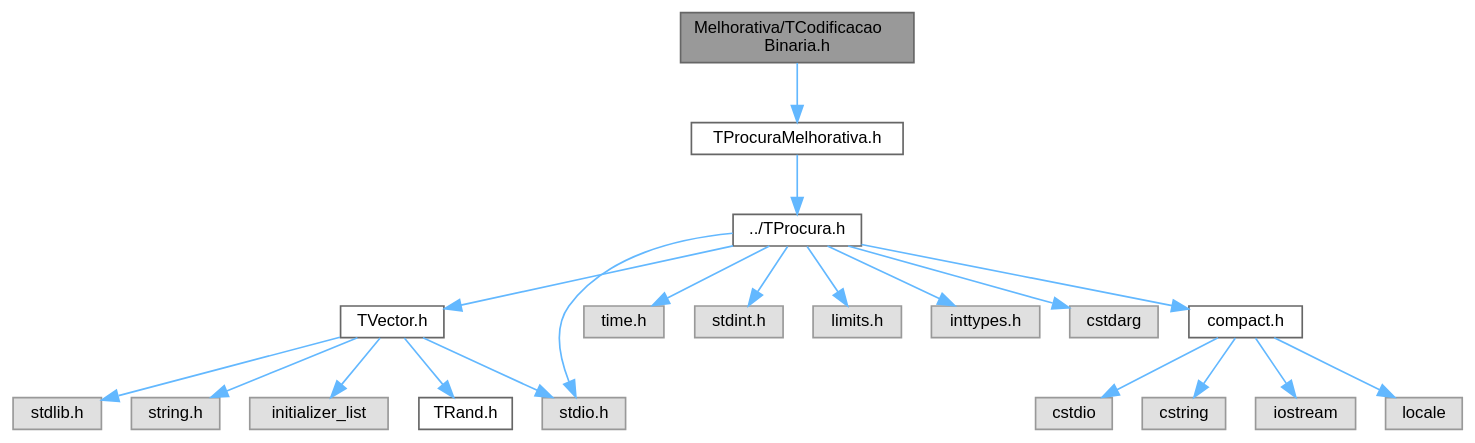
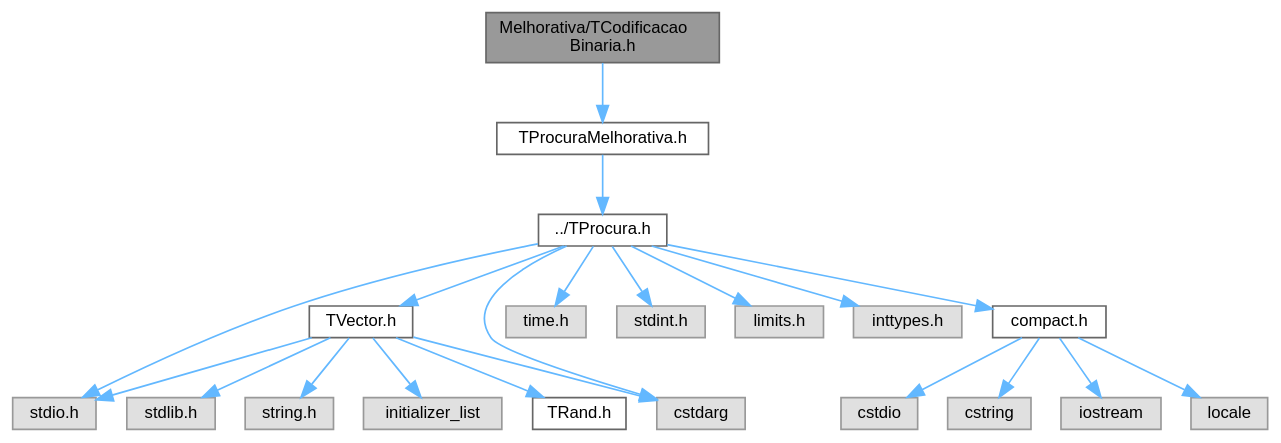
The diagram in TCodificacaoBinaria_8h__incl.dot (jcoelho72/TProcura), drawn with Graphviz before and after one commit. The commit also changed 147 other files, not shown here.

```diff
--- a/TCodificacaoBinaria_8h__incl.dot
+++ b/TCodificacaoBinaria_8h__incl.dot
@@ -1,45 +1,46 @@
 digraph "Melhorativa/TCodificacaoBinaria.h"
 {
  // LATEX_PDF_SIZE
   bgcolor="transparent";
   edge [fontname=Helvetica,fontsize=10,labelfontname=Helvetica,labelfontsize=10];
   node [fontname=Helvetica,fontsize=10,shape=box,height=0.2,width=0.4];
   Node1 [id="Node000001",label="Melhorativa/TCodificacao\lBinaria.h",height=0.2,width=0.4,color="gray40", fillcolor="grey60", style="filled", fontcolor="black",tooltip=" "];
   Node1 -> Node2 [id="edge1_Node000001_Node000002",color="steelblue1",style="solid",tooltip=" "];
   Node2 [id="Node000002",label="TProcuraMelhorativa.h",height=0.2,width=0.4,color="grey40", fillcolor="white", style="filled",URL="$TProcuraMelhorativa_8h.html",tooltip=" "];
   Node2 -> Node3 [id="edge2_Node000002_Node000003",color="steelblue1",style="solid",tooltip=" "];
   Node3 [id="Node000003",label="../TProcura.h",height=0.2,width=0.4,color="grey40", fillcolor="white", style="filled",URL="$TProcura_8h.html",tooltip=" "];
   Node3 -> Node4 [id="edge3_Node000003_Node000004",color="steelblue1",style="solid",tooltip=" "];
   Node4 [id="Node000004",label="TVector.h",height=0.2,width=0.4,color="grey40", fillcolor="white", style="filled",URL="$TVector_8h.html",tooltip="Vetor dinâmico genérico com operações de pilha, conjuntos e algoritmos úteis."];
   Node4 -> Node5 [id="edge4_Node000004_Node000005",color="steelblue1",style="solid",tooltip=" "];
   Node5 [id="Node000005",label="stdlib.h",height=0.2,width=0.4,color="grey60", fillcolor="#E0E0E0", style="filled",tooltip=" "];
   Node4 -> Node6 [id="edge5_Node000004_Node000006",color="steelblue1",style="solid",tooltip=" "];
   Node6 [id="Node000006",label="string.h",height=0.2,width=0.4,color="grey60", fillcolor="#E0E0E0", style="filled",tooltip=" "];
   Node4 -> Node7 [id="edge6_Node000004_Node000007",color="steelblue1",style="solid",tooltip=" "];
   Node7 [id="Node000007",label="stdio.h",height=0.2,width=0.4,color="grey60", fillcolor="#E0E0E0", style="filled",tooltip=" "];
   Node4 -> Node8 [id="edge7_Node000004_Node000008",color="steelblue1",style="solid",tooltip=" "];
   Node8 [id="Node000008",label="initializer_list",height=0.2,width=0.4,color="grey60", fillcolor="#E0E0E0", style="filled",tooltip=" "];
   Node4 -> Node9 [id="edge8_Node000004_Node000009",color="steelblue1",style="solid",tooltip=" "];
-  Node9 [id="Node000009",label="TRand.h",height=0.2,width=0.4,color="grey40", fillcolor="white", style="filled",URL="$TRand_8h.html",tooltip="Interface para geração de números aleatórios independentes do sistema operativo."];
-  Node3 -> Node10 [id="edge9_Node000003_Node000010",color="steelblue1",style="solid",tooltip=" "];
-  Node10 [id="Node000010",label="time.h",height=0.2,width=0.4,color="grey60", fillcolor="#E0E0E0", style="filled",tooltip=" "];
+  Node9 [id="Node000009",label="cstdarg",height=0.2,width=0.4,color="grey60", fillcolor="#E0E0E0", style="filled",tooltip=" "];
+  Node4 -> Node10 [id="edge9_Node000004_Node000010",color="steelblue1",style="solid",tooltip=" "];
+  Node10 [id="Node000010",label="TRand.h",height=0.2,width=0.4,color="grey40", fillcolor="white", style="filled",URL="$TRand_8h.html",tooltip="Interface para geração de números aleatórios independentes do sistema operativo."];
   Node3 -> Node11 [id="edge10_Node000003_Node000011",color="steelblue1",style="solid",tooltip=" "];
-  Node11 [id="Node000011",label="stdint.h",height=0.2,width=0.4,color="grey60", fillcolor="#E0E0E0", style="filled",tooltip=" "];
+  Node11 [id="Node000011",label="time.h",height=0.2,width=0.4,color="grey60", fillcolor="#E0E0E0", style="filled",tooltip=" "];
   Node3 -> Node12 [id="edge11_Node000003_Node000012",color="steelblue1",style="solid",tooltip=" "];
-  Node12 [id="Node000012",label="limits.h",height=0.2,width=0.4,color="grey60", fillcolor="#E0E0E0", style="filled",tooltip=" "];
-  Node3 -> Node7 [id="edge12_Node000003_Node000007",color="steelblue1",style="solid",tooltip=" "];
-  Node3 -> Node13 [id="edge13_Node000003_Node000013",color="steelblue1",style="solid",tooltip=" "];
-  Node13 [id="Node000013",label="inttypes.h",height=0.2,width=0.4,color="grey60", fillcolor="#E0E0E0", style="filled",tooltip=" "];
+  Node12 [id="Node000012",label="stdint.h",height=0.2,width=0.4,color="grey60", fillcolor="#E0E0E0", style="filled",tooltip=" "];
+  Node3 -> Node13 [id="edge12_Node000003_Node000013",color="steelblue1",style="solid",tooltip=" "];
+  Node13 [id="Node000013",label="limits.h",height=0.2,width=0.4,color="grey60", fillcolor="#E0E0E0", style="filled",tooltip=" "];
+  Node3 -> Node7 [id="edge13_Node000003_Node000007",color="steelblue1",style="solid",tooltip=" "];
   Node3 -> Node14 [id="edge14_Node000003_Node000014",color="steelblue1",style="solid",tooltip=" "];
-  Node14 [id="Node000014",label="cstdarg",height=0.2,width=0.4,color="grey60", fillcolor="#E0E0E0", style="filled",tooltip=" "];
-  Node3 -> Node15 [id="edge15_Node000003_Node000015",color="steelblue1",style="solid",tooltip=" "];
+  Node14 [id="Node000014",label="inttypes.h",height=0.2,width=0.4,color="grey60", fillcolor="#E0E0E0", style="filled",tooltip=" "];
+  Node3 -> Node9 [id="edge15_Node000003_Node000009",color="steelblue1",style="solid",tooltip=" "];
+  Node3 -> Node15 [id="edge16_Node000003_Node000015",color="steelblue1",style="solid",tooltip=" "];
   Node15 [id="Node000015",label="compact.h",height=0.2,width=0.4,color="grey40", fillcolor="white", style="filled",URL="$compact_8h.html",tooltip=" "];
-  Node15 -> Node16 [id="edge16_Node000015_Node000016",color="steelblue1",style="solid",tooltip=" "];
+  Node15 -> Node16 [id="edge17_Node000015_Node000016",color="steelblue1",style="solid",tooltip=" "];
   Node16 [id="Node000016",label="cstdio",height=0.2,width=0.4,color="grey60", fillcolor="#E0E0E0", style="filled",tooltip=" "];
-  Node15 -> Node17 [id="edge17_Node000015_Node000017",color="steelblue1",style="solid",tooltip=" "];
+  Node15 -> Node17 [id="edge18_Node000015_Node000017",color="steelblue1",style="solid",tooltip=" "];
   Node17 [id="Node000017",label="cstring",height=0.2,width=0.4,color="grey60", fillcolor="#E0E0E0", style="filled",tooltip=" "];
-  Node15 -> Node18 [id="edge18_Node000015_Node000018",color="steelblue1",style="solid",tooltip=" "];
+  Node15 -> Node18 [id="edge19_Node000015_Node000018",color="steelblue1",style="solid",tooltip=" "];
   Node18 [id="Node000018",label="iostream",height=0.2,width=0.4,color="grey60", fillcolor="#E0E0E0", style="filled",tooltip=" "];
-  Node15 -> Node19 [id="edge19_Node000015_Node000019",color="steelblue1",style="solid",tooltip=" "];
+  Node15 -> Node19 [id="edge20_Node000015_Node000019",color="steelblue1",style="solid",tooltip=" "];
   Node19 [id="Node000019",label="locale",height=0.2,width=0.4,color="grey60", fillcolor="#E0E0E0", style="filled",tooltip=" "];
 }
```
